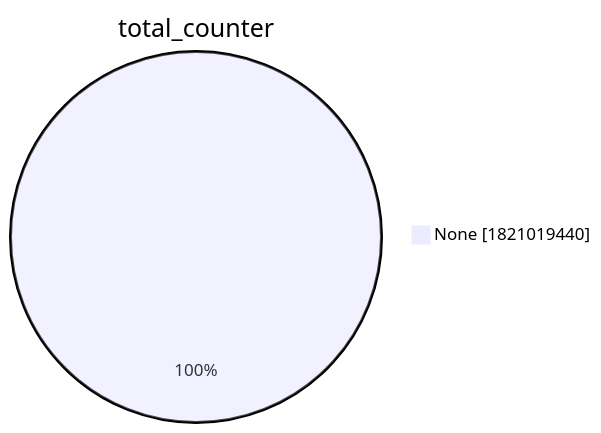
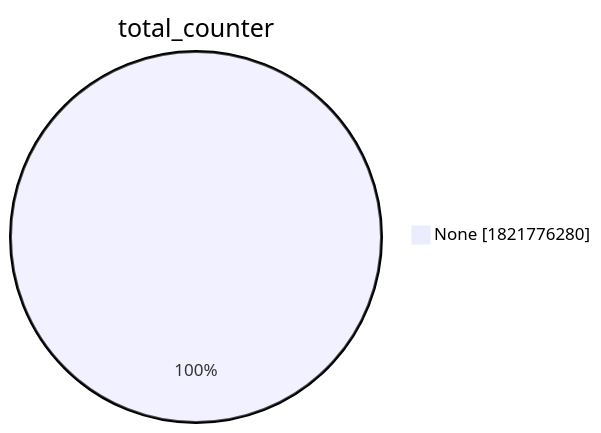
Before and after one commit to christiankrug/ctmonitor_visualization: the second of 15 diagrams in xenon2022/README.md, drawn with Mermaid. The commit also changed other lines of this file, not shown here.

````diff
--- a/xenon2022/README.md
+++ b/xenon2022/README.md
@@ -9,5 +9,5 @@
 ```mermaid
 pie showData
 title total_counter
-"None" :1821019440
+"None" :1821776280
 ```
````
